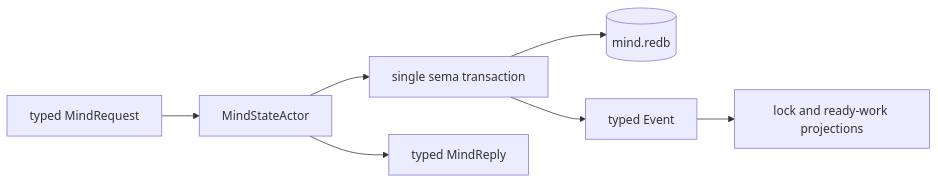
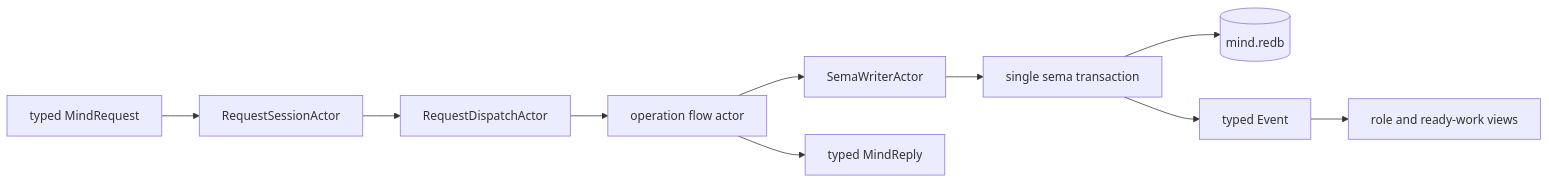
Before and after one commit to LiGoldragon/primary: diagram 24 of 24 in reports/operator/101-persona-mind-full-architecture-proposal.md, drawn with Mermaid. The commit also changed other lines of this file, not shown here.

Commit message:
expand persona-mind actor architecture visuals

````diff
--- a/reports/operator/101-persona-mind-full-architecture-proposal.md
+++ b/reports/operator/101-persona-mind-full-architecture-proposal.md
@@ -607,9 +960,12 @@
 ```mermaid
 flowchart LR
-    request["typed MindRequest"] --> actor["MindStateActor"]
-    actor --> transaction["single sema transaction"]
+    request["typed MindRequest"] --> ingress["RequestSessionActor"]
+    ingress --> dispatch["RequestDispatchActor"]
+    dispatch --> operation["operation flow actor"]
+    operation --> writer["SemaWriterActor"]
+    writer --> transaction["single sema transaction"]
     transaction --> db[("mind.redb")]
     transaction --> event["typed Event"]
-    event --> projection["lock and ready-work projections"]
-    actor --> reply["typed MindReply"]
+    event --> views["role and ready-work views"]
+    operation --> reply["typed MindReply"]
 ```
````
